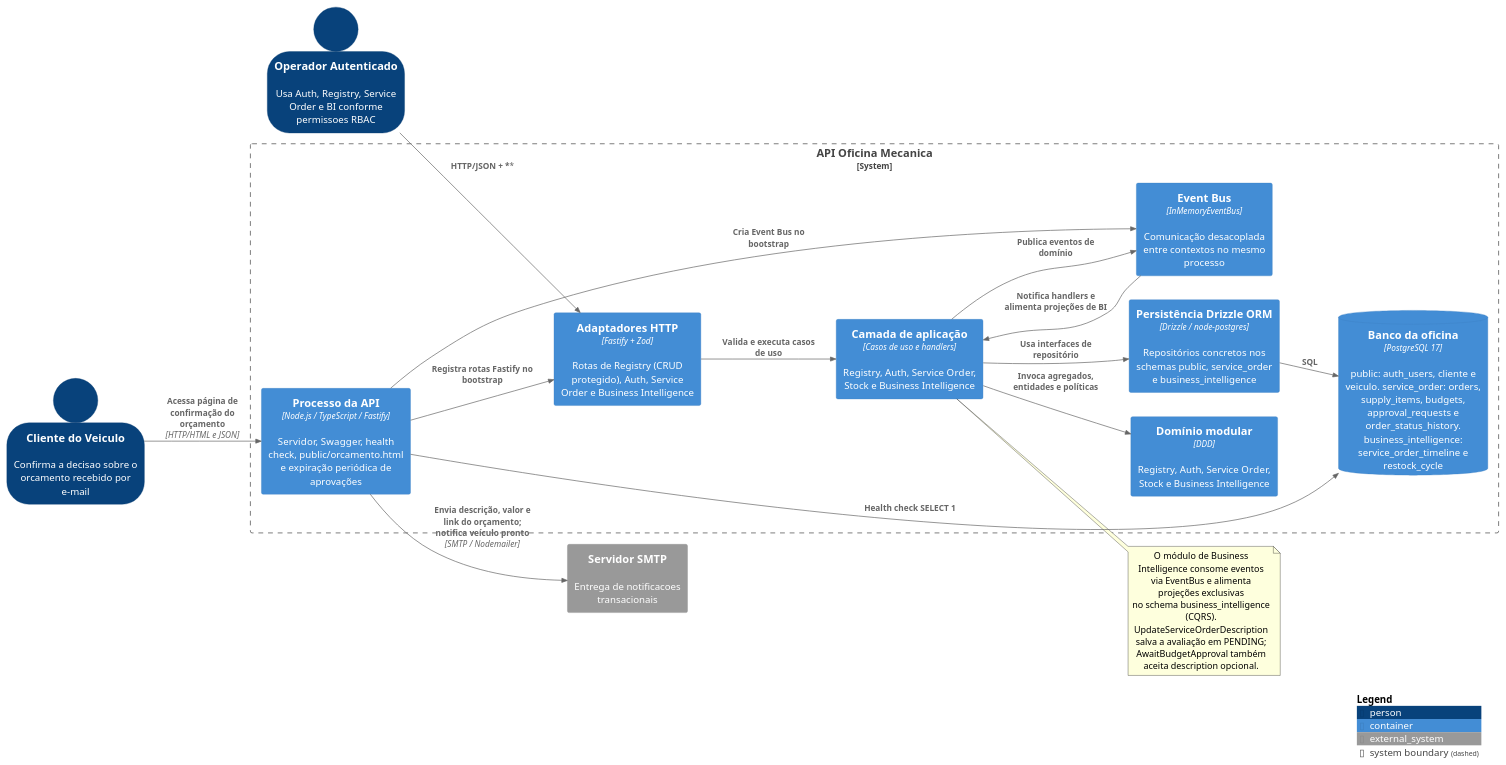
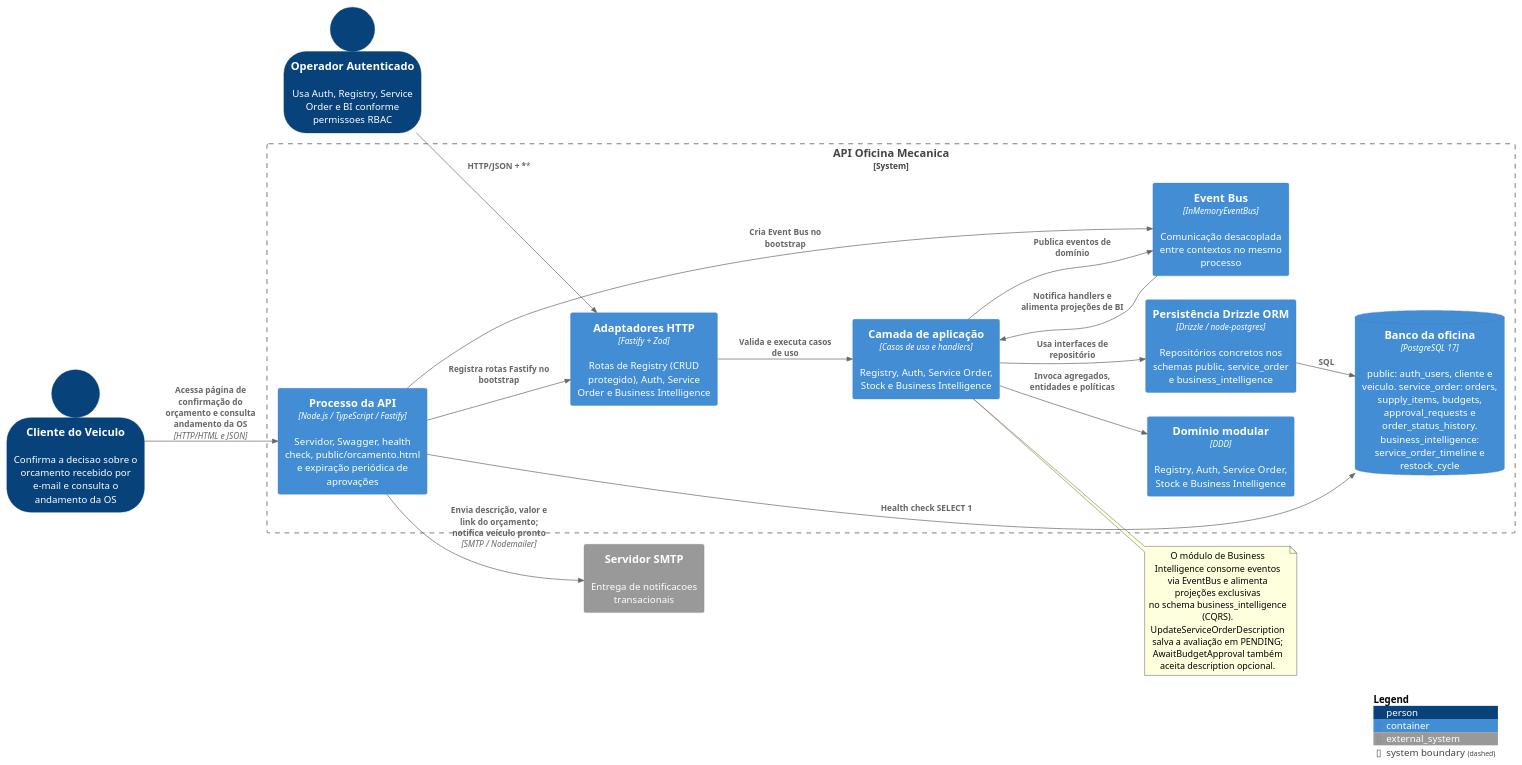
Before and after one commit to 15soat-fiap-45/api.mecanica: the diagram in docs/plantuml/c4-containers.puml, drawn with PlantUML. The commit also changed 21 other files, not shown here.

First line of the commit message:
feat: permite ao cliente consultar o andamento da OS pela API

```diff
--- a/docs/plantuml/c4-containers.puml
+++ b/docs/plantuml/c4-containers.puml
@@ -1,41 +1,41 @@
 @startuml C4 Containers - API Oficina Mecanica
 !include https://raw.githubusercontent.com/plantuml-stdlib/C4-PlantUML/master/C4_Container.puml
 LAYOUT_LEFT_RIGHT()
 SHOW_PERSON_OUTLINE()
 
 Person(operator, "Operador Autenticado", "Usa Auth, Registry, Service Order e BI conforme permissoes RBAC")
-Person(customer, "Cliente do Veiculo", "Confirma a decisao sobre o orcamento recebido por e-mail")
+Person(customer, "Cliente do Veiculo", "Confirma a decisao sobre o orcamento recebido por e-mail e consulta o andamento da OS")
 
 System_Boundary(system, "API Oficina Mecanica") {
     Container(api, "Processo da API", "Node.js / TypeScript / Fastify", "Servidor, Swagger, health check, public/orcamento.html e expiração periódica de aprovações")
     Container(http_adapters, "Adaptadores HTTP", "Fastify + Zod", "Rotas de Registry (CRUD protegido), Auth, Service Order e Business Intelligence")
     Container(application, "Camada de aplicação", "Casos de uso e handlers", "Registry, Auth, Service Order, Stock e Business Intelligence")
     Container(domain, "Domínio modular", "DDD", "Registry, Auth, Service Order, Stock e Business Intelligence")
     Container(event_bus, "Event Bus", "InMemoryEventBus", "Comunicação desacoplada entre contextos no mesmo processo")
     Container(drizzle, "Persistência Drizzle ORM", "Drizzle / node-postgres", "Repositórios concretos nos schemas public, service_order e business_intelligence")
     ContainerDb(postgres, "Banco da oficina", "PostgreSQL 17", "public: auth_users, cliente e veiculo. service_order: orders, supply_items, budgets, approval_requests e order_status_history. business_intelligence: service_order_timeline e restock_cycle")
 }
 System_Ext(smtp, "Servidor SMTP", "Entrega de notificacoes transacionais")
 
 Rel(operator, http_adapters, "HTTP/JSON + ******")
-Rel(customer, api, "Acessa página de confirmação do orçamento", "HTTP/HTML e JSON")
+Rel(customer, api, "Acessa página de confirmação do orçamento e consulta andamento da OS", "HTTP/HTML e JSON")
 Rel(http_adapters, application, "Valida e executa casos de uso")
 Rel(application, domain, "Invoca agregados, entidades e políticas")
 Rel(application, drizzle, "Usa interfaces de repositório")
 Rel(drizzle, postgres, "SQL")
 Rel(application, event_bus, "Publica eventos de domínio")
 Rel(event_bus, application, "Notifica handlers e alimenta projeções de BI")
 Rel(api, http_adapters, "Registra rotas Fastify no bootstrap")
 Rel(api, event_bus, "Cria Event Bus no bootstrap")
 Rel(api, postgres, "Health check SELECT 1")
 Rel(api, smtp, "Envia descrição, valor e link do orçamento; notifica veículo pronto", "SMTP / Nodemailer")
 
 note right of application
     O módulo de Business Intelligence consome eventos
     via EventBus e alimenta projeções exclusivas
     no schema business_intelligence (CQRS).
     UpdateServiceOrderDescription salva a avaliação em PENDING;
     AwaitBudgetApproval também aceita description opcional.
 end note
 SHOW_LEGEND()
 @enduml
```
